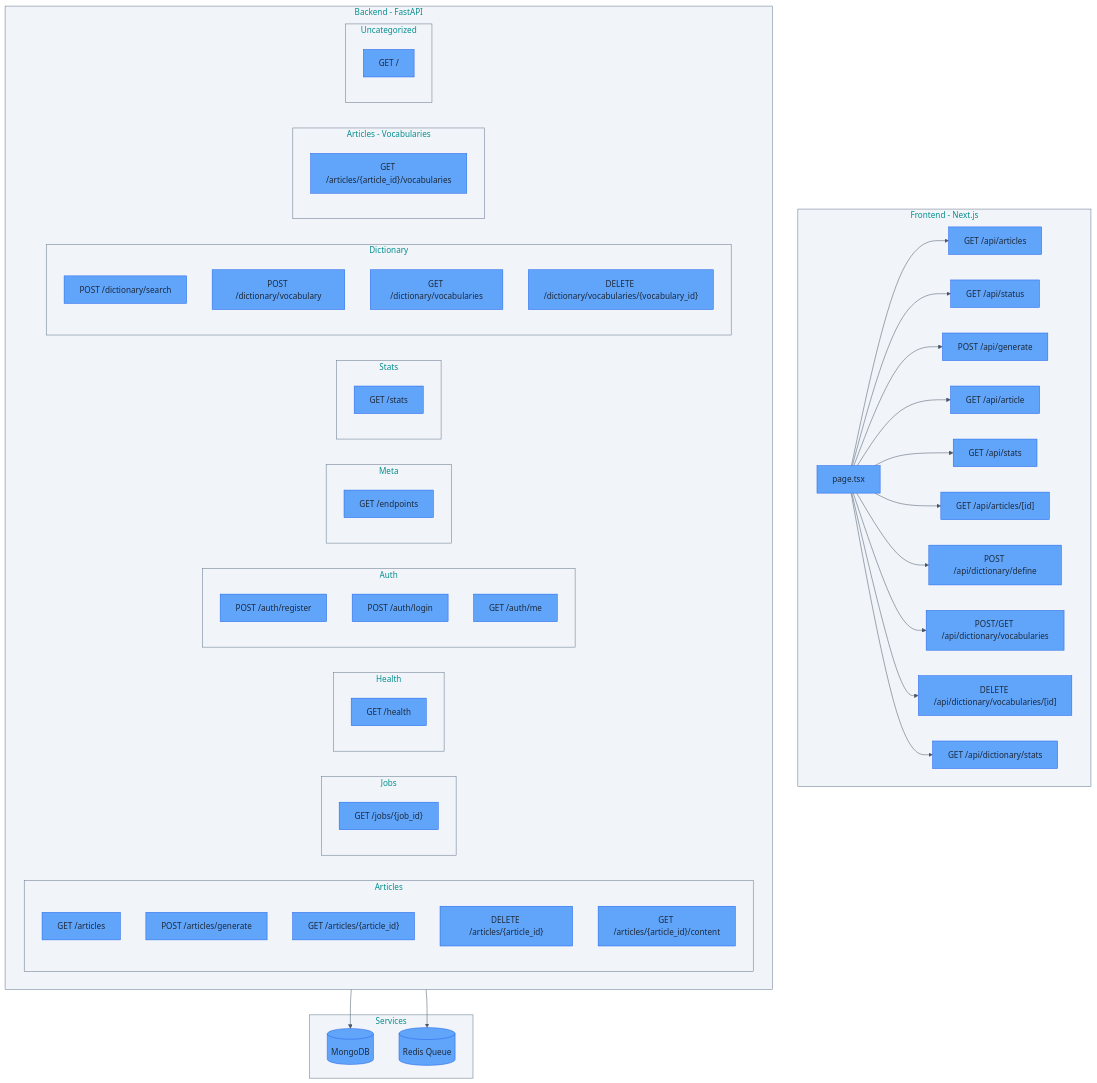
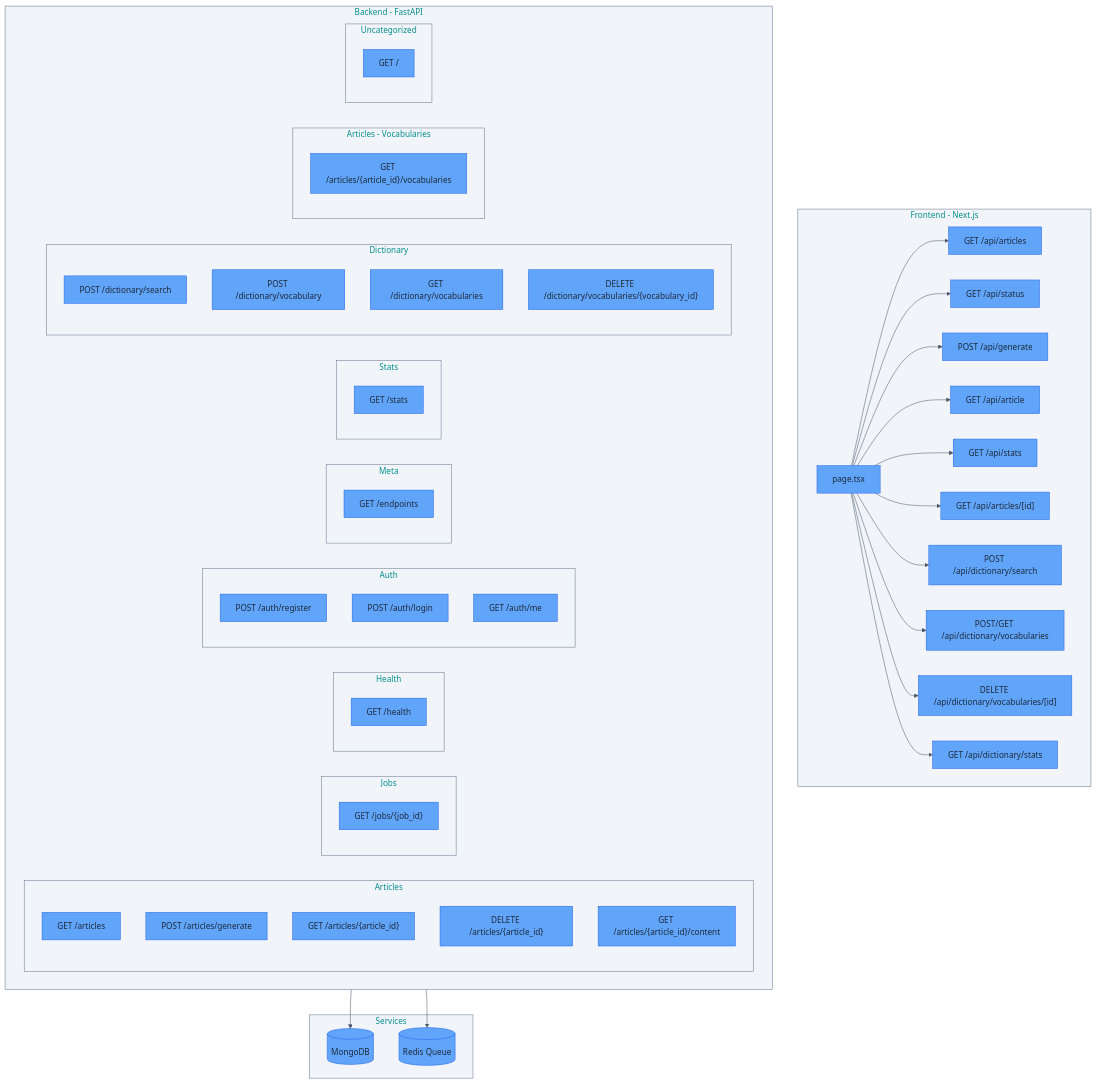
Before and after one commit to seung-gu/opad: the first of 3 diagrams in docs/REFERENCE.md, drawn with Mermaid. The commit also changed other lines of this file and 5 other files, not shown here.

````diff
--- a/docs/REFERENCE.md
+++ b/docs/REFERENCE.md
@@ -11,73 +11,73 @@
 ```mermaid
 %%{init: {'theme':'base', 'themeVariables': {'primaryColor':'#60a5fa','primaryTextColor':'#1e293b','primaryBorderColor':'#2563eb','lineColor':'#475569','secondaryColor':'#4ade80','tertiaryColor':'#f87171','clusterBkg':'#f1f5f9','clusterBorder':'#64748b'}}}%%
 graph TB
     subgraph Frontend["Frontend - Next.js"]
         FE["page.tsx"]
         API__api_articles["GET /api/articles"]
         FE --> API__api_articles
         API__api_status["GET /api/status"]
         FE --> API__api_status
         API__api_generate["POST /api/generate"]
         FE --> API__api_generate
         API__api_article["GET /api/article"]
         FE --> API__api_article
         API__api_stats["GET /api/stats"]
         FE --> API__api_stats
         API__api_articles_id["GET /api/articles/[id]"]
         FE --> API__api_articles_id
-        API__api_dictionary_define["POST /api/dictionary/define"]
-        FE --> API__api_dictionary_define
+        API__api_dictionary_search["POST /api/dictionary/search"]
+        FE --> API__api_dictionary_search
         API__api_dictionary_vocabularies["POST/GET /api/dictionary/vocabularies"]
         FE --> API__api_dictionary_vocabularies
         API__api_dictionary_vocabularies_id["DELETE /api/dictionary/vocabularies/[id]"]
         FE --> API__api_dictionary_vocabularies_id
         API__api_dictionary_stats["GET /api/dictionary/stats"]
         FE --> API__api_dictionary_stats
     end
 
     subgraph Backend["Backend - FastAPI"]
         subgraph Articles["Articles"]
             FastAPI__articles["GET /articles"]
             FastAPI__articles_generate["POST /articles/generate"]
             FastAPI__articles_get["GET /articles/{article_id}"]
             FastAPI__articles_delete["DELETE /articles/{article_id}"]
             FastAPI__articles_content["GET /articles/{article_id}/content"]
         end
         subgraph Jobs["Jobs"]
             FastAPI__jobs_job_id["GET /jobs/{job_id}"]
         end
         subgraph Health["Health"]
             FastAPI__health["GET /health"]
         end
         subgraph Auth["Auth"]
             FastAPI__auth_register["POST /auth/register"]
             FastAPI__auth_login["POST /auth/login"]
             FastAPI__auth_me["GET /auth/me"]
         end
         subgraph Meta["Meta"]
             FastAPI__endpoints["GET /endpoints"]
         end
         subgraph Stats["Stats"]
             FastAPI__stats["GET /stats"]
         end
         subgraph Dictionary["Dictionary"]
             FastAPI__dictionary_search["POST /dictionary/search"]
             FastAPI__dictionary_vocab_post["POST /dictionary/vocabulary"]
             FastAPI__dictionary_vocab_get["GET /dictionary/vocabularies"]
             FastAPI__dictionary_vocab_delete["DELETE /dictionary/vocabularies/{vocabulary_id}"]
         end
         subgraph ArticleVocab["Articles - Vocabularies"]
             FastAPI__articles_vocabularies["GET /articles/{article_id}/vocabularies"]
         end
         subgraph Uncategorized["Uncategorized"]
             FastAPI__root["GET /"]
         end
     end
 
     subgraph Services["Services"]
         MongoDB[("MongoDB")]
         Redis[("Redis Queue")]
     end
     Backend --> MongoDB
     Backend --> Redis
 ```
````
